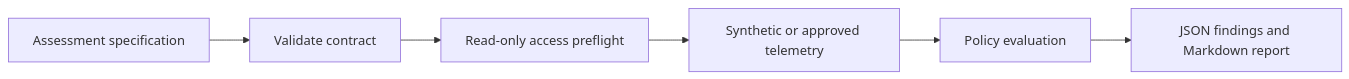
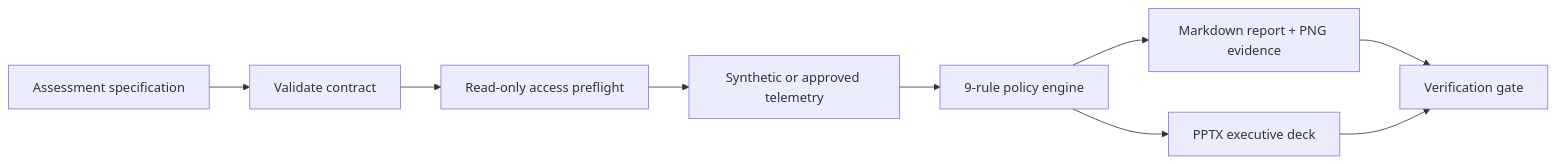
The diagram in README.md (LucasRangelSSouza/cloud-data-finops-sdd-toolkit), drawn with Mermaid before and after one commit. The commit also changed other lines of this file and 62 other files, not shown here.

First line of the commit message:
feat: add 9-rule policy catalog, in-repo deck generator, and reproducible release gate

````diff
--- a/README.md
+++ b/README.md
@@ -35,8 +9,11 @@
 ```mermaid
 flowchart LR
     S[Assessment specification] --> V[Validate contract]
     V --> P[Read-only access preflight]
     P --> F[Synthetic or approved telemetry]
-    F --> E[Policy evaluation]
-    E --> R[JSON findings and Markdown report]
+    F --> R[9-rule policy engine]
+    R --> M[Markdown report + PNG evidence]
+    R --> D[PPTX executive deck]
+    M --> G[Verification gate]
+    D --> G
 ```
````
